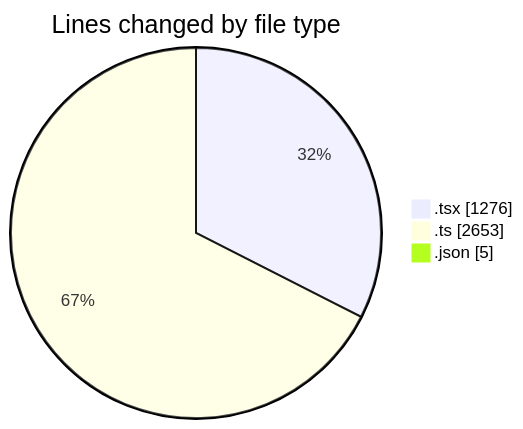
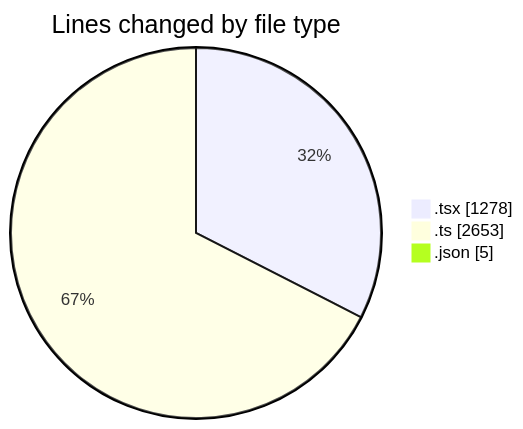
Before and after one commit to julien-gomy/code-tracking: the first of 2 diagrams in 2025-11-23/eventscop-frontend-guide__workspace_/README.md, drawn with Mermaid. The commit also changed other lines of this file and 1 other file, not shown here.

````diff
--- a/2025-11-23/eventscop-frontend-guide__workspace_/README.md
+++ b/2025-11-23/eventscop-frontend-guide__workspace_/README.md
@@ -51,7 +51,7 @@
 ```mermaid
 pie showData
 title Lines changed by file type
-".tsx" : 1276
+".tsx" : 1278
 ".ts" : 2653
 ".json" : 5
 ```
````
